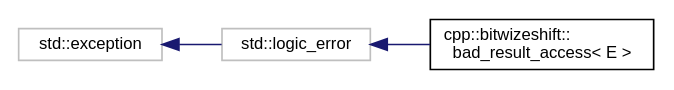
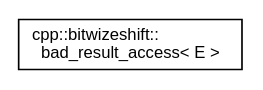
One commit to bitwizeshift/result changed the diagram in api/latest/inherit_graph_0.dot. Above: the diagram before and after it, drawn with Graphviz. The commit also changed 170 other files, not shown here.

```diff
--- a/api/latest/inherit_graph_0.dot
+++ b/api/latest/inherit_graph_0.dot
@@ -1,11 +1,8 @@
 digraph "Graphical Class Hierarchy"
 {
+ // LATEX_PDF_SIZE
   edge [fontname="Helvetica",fontsize="10",labelfontname="Helvetica",labelfontsize="10"];
   node [fontname="Helvetica",fontsize="10",shape=record];
   rankdir="LR";
-  Node13 [label="std::exception",height=0.2,width=0.4,color="grey75", fillcolor="white", style="filled",tooltip="STL class. "];
-  Node13 -> Node14 [dir="back",color="midnightblue",fontsize="10",style="solid",fontname="Helvetica"];
-  Node14 [label="std::logic_error",height=0.2,width=0.4,color="grey75", fillcolor="white", style="filled",tooltip="STL class. "];
-  Node14 -> Node0 [dir="back",color="midnightblue",fontsize="10",style="solid",fontname="Helvetica"];
-  Node0 [label="cpp::bitwizeshift::\lbad_result_access\< E \>",height=0.2,width=0.4,color="black", fillcolor="white", style="filled",URL="$de/dac/classcpp_1_1bitwizeshift_1_1bad__result__access.html",tooltip="An exception thrown when result::value is accessed without a contained value. "];
+  Node0 [label="cpp::bitwizeshift::\lbad_result_access\< E \>",height=0.2,width=0.4,color="black", fillcolor="white", style="filled",URL="$de/dac/classcpp_1_1bitwizeshift_1_1bad__result__access.html",tooltip="An exception thrown when result::value is accessed without a contained value."];
 }
```
